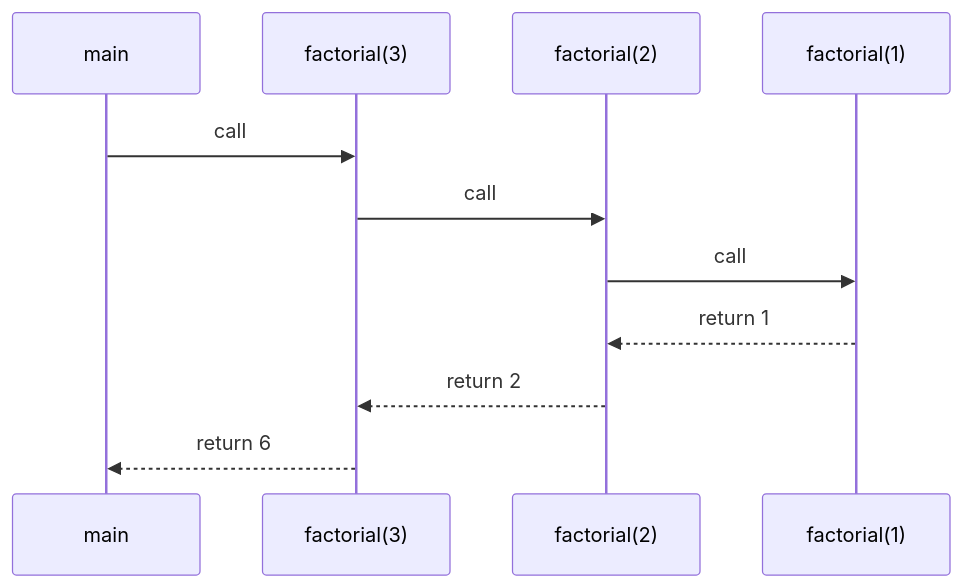
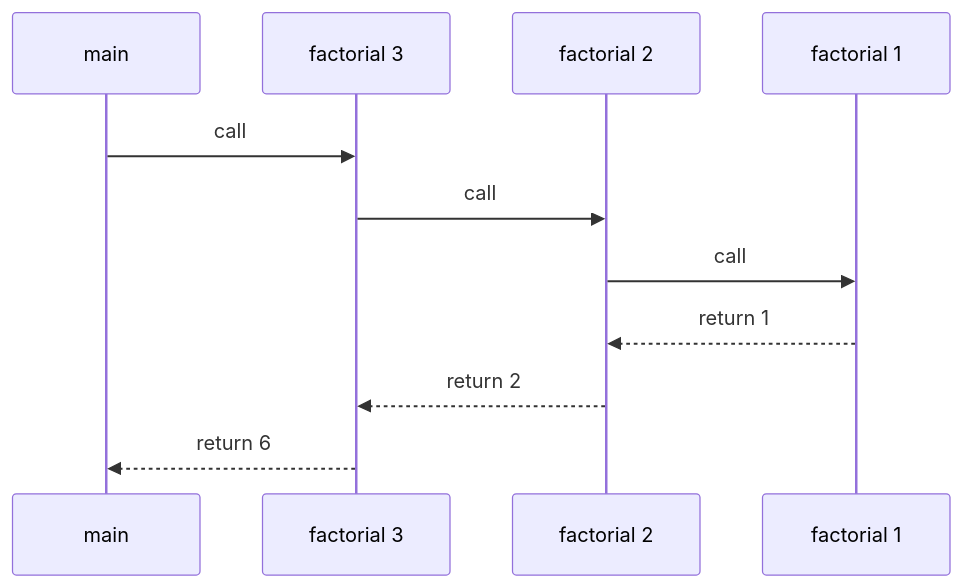
One commit to dataslope/dataslope changed the second of 2 diagrams in content/learn/mastering-dsa-cpp/stacks.mdx. Above: the diagram before and after it, drawn with Mermaid. The commit also changed other lines of this file and 95 other files, not shown here.

````diff
--- a/content/learn/mastering-dsa-cpp/stacks.mdx
+++ b/content/learn/mastering-dsa-cpp/stacks.mdx
@@ -216,13 +220,13 @@
 ```mermaid
 sequenceDiagram
     participant main
-    participant f3 as factorial(3)
-    participant f2 as factorial(2)
-    participant f1 as factorial(1)
+    participant f3 as factorial 3
+    participant f2 as factorial 2
+    participant f1 as factorial 1
     main->>f3: call
     f3->>f2: call
     f2->>f1: call
     f1-->>f2: return 1
     f2-->>f3: return 2
     f3-->>main: return 6
 ```
````
